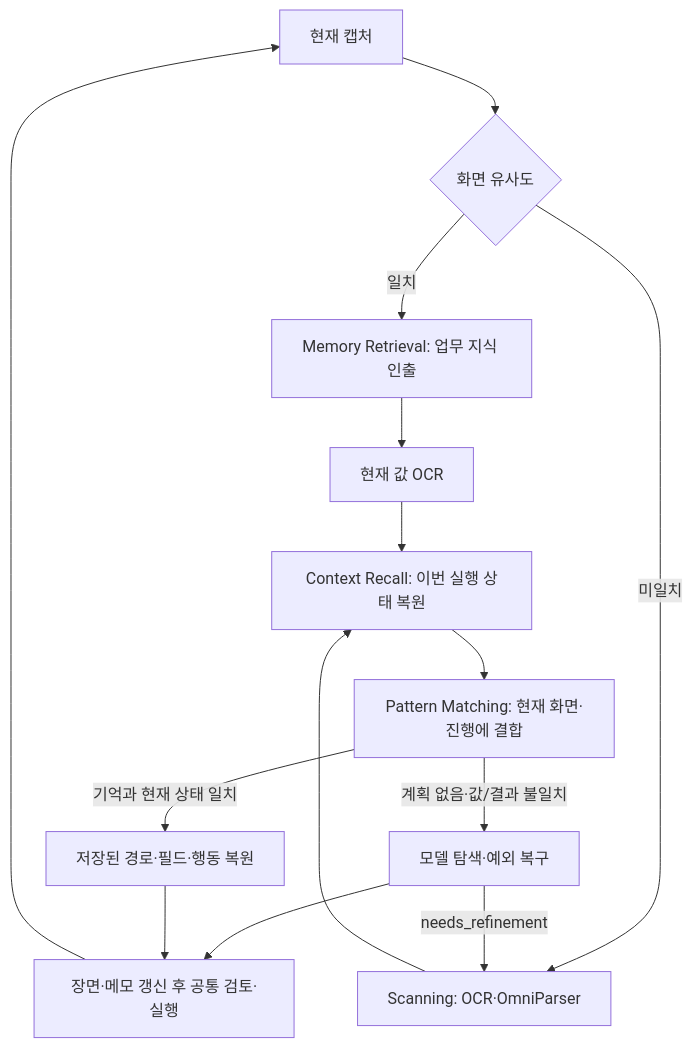
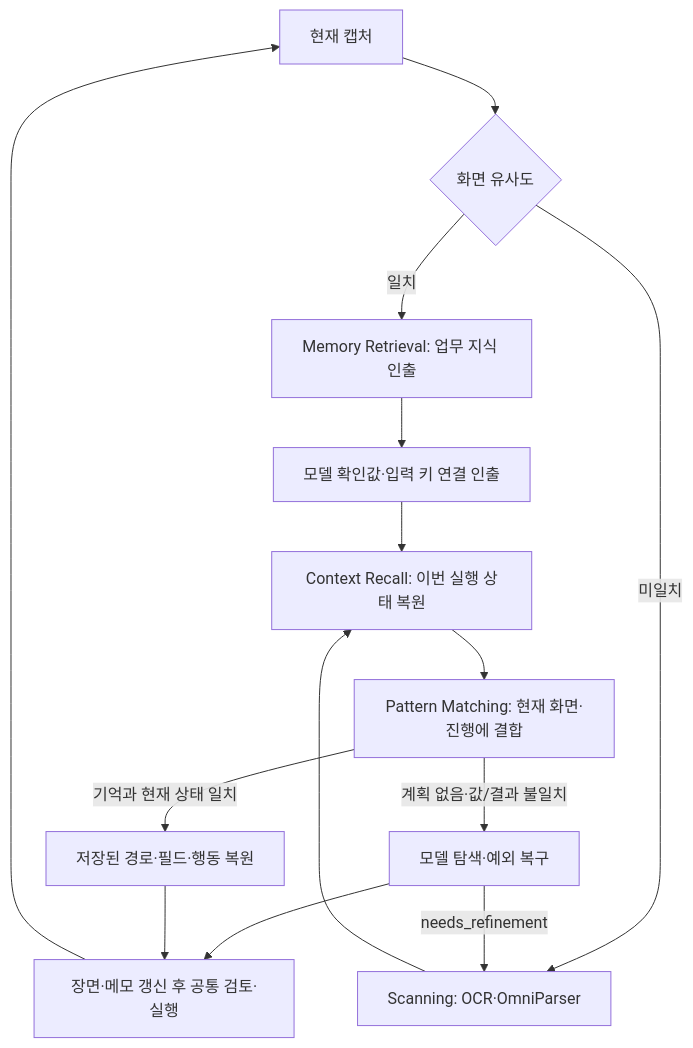
One commit to Dreamtreeme/agent-sawon changed the third of 3 diagrams in docs/code-flow.md. Above: the diagram before and after it, drawn with Mermaid. The commit also changed other lines of this file and 13 other files, not shown here.

````diff
--- a/docs/code-flow.md
+++ b/docs/code-flow.md
@@ -67,16 +68,16 @@
 ```mermaid
 flowchart TD
     CAP[현재 캡처] --> SIM{화면 유사도}
     SIM -->|일치| MEM[Memory Retrieval: 업무 지식 인출]
     SIM -->|미일치| SCAN[Scanning: OCR·OmniParser]
-    MEM --> VALUES[현재 값 OCR]
+    MEM --> VALUES[모델 확인값·입력 키 연결 인출]
     VALUES --> RECALL[Context Recall: 이번 실행 상태 복원]
     SCAN --> RECALL
     RECALL --> MATCH[Pattern Matching: 현재 화면·진행에 결합]
     MATCH -->|기억과 현재 상태 일치| RESTORE[저장된 경로·필드·행동 복원]
     MATCH -->|계획 없음·값/결과 불일치| DECIDE[모델 탐색·예외 복구]
     DECIDE -->|needs_refinement| SCAN
     DECIDE --> EXEC[장면·메모 갱신 후 공통 검토·실행]
     RESTORE --> EXEC
     EXEC --> CAP
 ```
````
